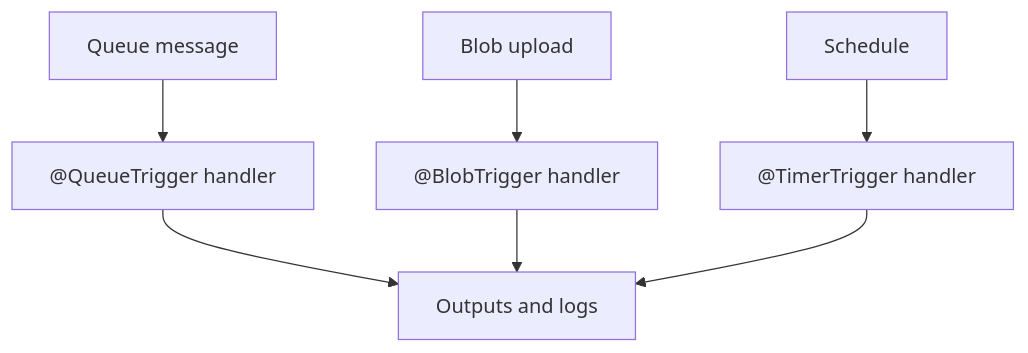
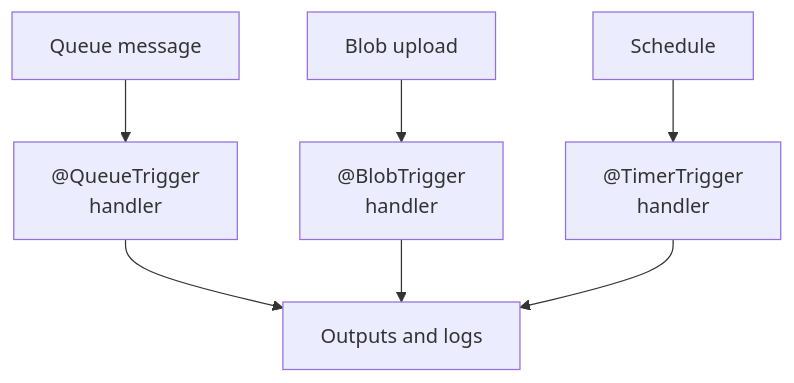
One commit to yeongseon/azure-functions-practical-guide changed the diagram in docs/language-guides/java/tutorial/consumption/07-extending-triggers.md. Above: the diagram before and after it, drawn with Mermaid. The commit also changed 4 other files, not shown here.

First line of the commit message:
docs(diagrams): improve Java extending-trigger diagram readability (#493)

````diff
--- a/docs/language-guides/java/tutorial/consumption/07-extending-triggers.md
+++ b/docs/language-guides/java/tutorial/consumption/07-extending-triggers.md
@@ -51,9 +51,11 @@
 ```mermaid
 flowchart TD
-    A[Queue message] --> B["@QueueTrigger handler"]
-    C[Blob upload] --> D["@BlobTrigger handler"]
-    E[Schedule] --> F["@TimerTrigger handler"]
+    accTitle: Java Consumption trigger paths
+    accDescr: Conceptual queue, blob, and timer paths to Java annotation-based handlers and outputs or logs; arrows do not specify network transport or a required output binding.
+    A[Queue message] --> B["@QueueTrigger<br/>handler"]
+    C[Blob upload] --> D["@BlobTrigger<br/>handler"]
+    E[Schedule] --> F["@TimerTrigger<br/>handler"]
     B --> G[Outputs and logs]
     D --> G
     F --> G
 ```
````
